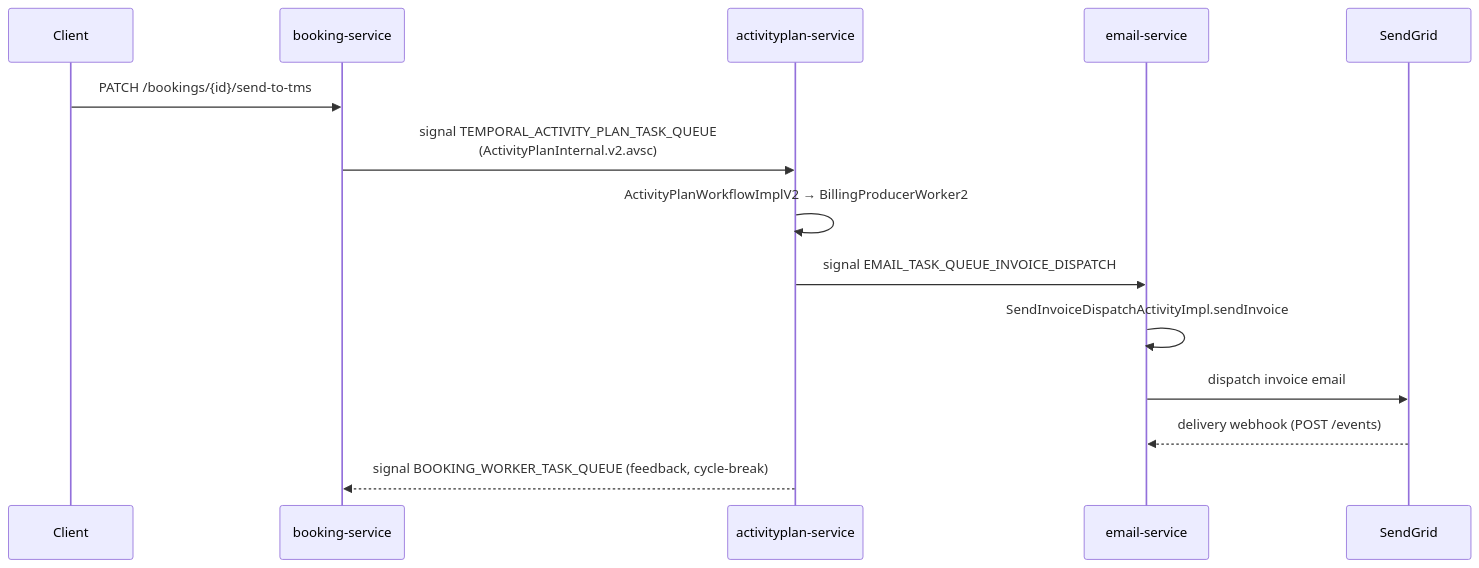
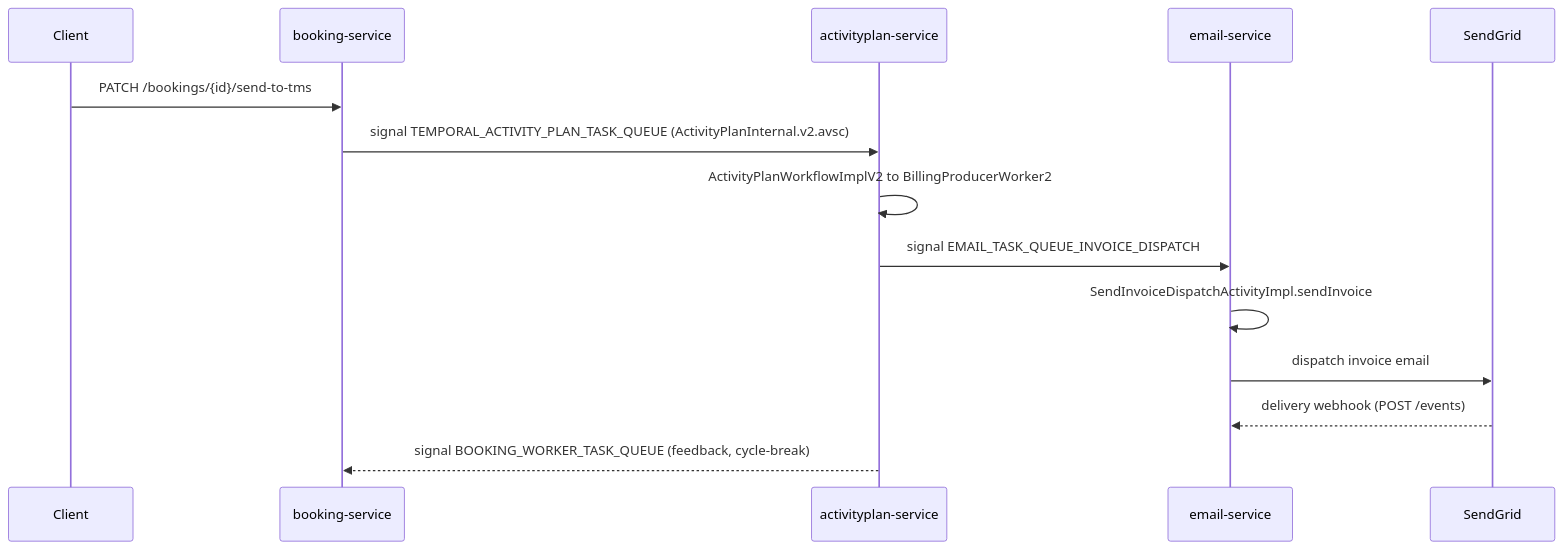
Before and after one commit to Arunk540/booking-workspace: the second of 2 diagrams in .contmark/diagrams.md, drawn with Mermaid. The commit also changed other lines of this file, not shown here.

Commit message:
fix: remove invalid <br/> from edge labels and Unicode arrow from sequence diagram

````diff
--- a/.contmark/diagrams.md
+++ b/.contmark/diagrams.md
@@ -95,17 +95,17 @@
 ```mermaid
 sequenceDiagram
   participant C as Client
   participant B as booking-service
   participant A as activityplan-service
   participant E as email-service
   participant SG as SendGrid
 
   C->>B: PATCH /bookings/{id}/send-to-tms
-  B->>A: signal TEMPORAL_ACTIVITY_PLAN_TASK_QUEUE<br/>(ActivityPlanInternal.v2.avsc)
-  A->>A: ActivityPlanWorkflowImplV2 → BillingProducerWorker2
+  B->>A: signal TEMPORAL_ACTIVITY_PLAN_TASK_QUEUE (ActivityPlanInternal.v2.avsc)
+  A->>A: ActivityPlanWorkflowImplV2 to BillingProducerWorker2
   A->>E: signal EMAIL_TASK_QUEUE_INVOICE_DISPATCH
   E->>E: SendInvoiceDispatchActivityImpl.sendInvoice
   E->>SG: dispatch invoice email
   SG-->>E: delivery webhook (POST /events)
   A-->>B: signal BOOKING_WORKER_TASK_QUEUE (feedback, cycle-break)
 ```
````
